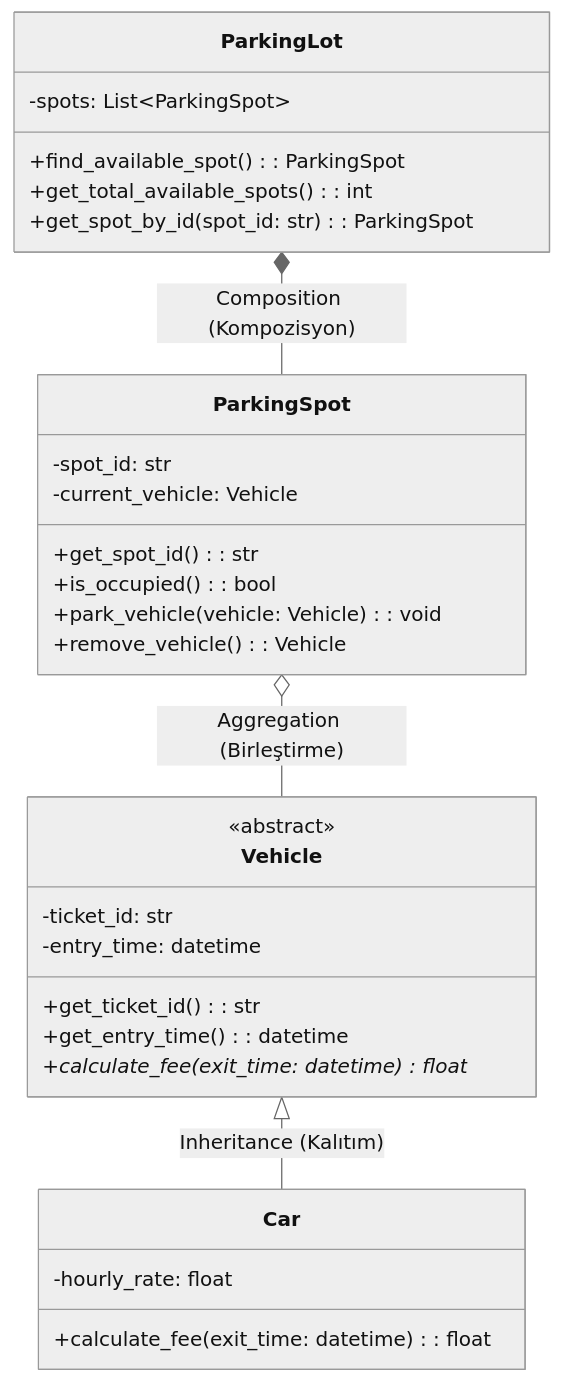
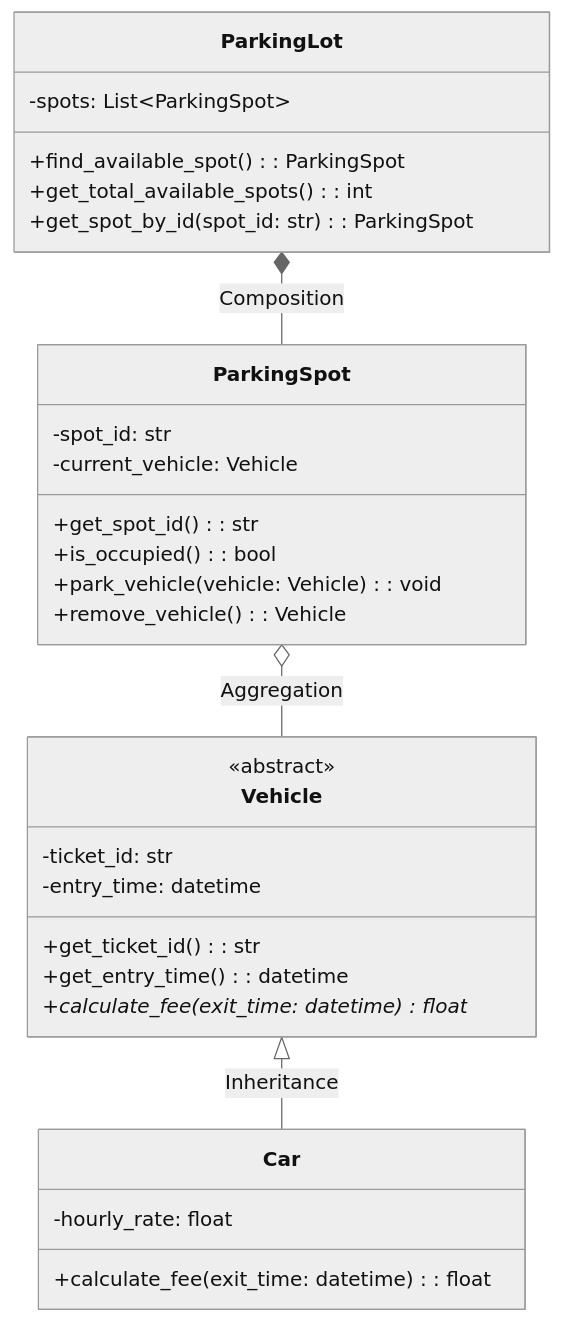
One commit to Urania05/Smart-Parking-Analysis-Prediction-System changed the diagram in README.md. Above: the diagram before and after it, drawn with Mermaid (neutral theme).

Commit message:
Fix formatting of relationships in README.md

````diff
--- a/README.md
+++ b/README.md
@@ -49,41 +49,41 @@
 ```mermaid
 classDiagram
     %% Abstract Base Class
     class Vehicle {
         <<abstract>>
         -ticket_id: str
         -entry_time: datetime
         +get_ticket_id(): str
         +get_entry_time(): datetime
         +calculate_fee(exit_time: datetime)* float
     }
 
     %% Derived Class
     class Car {
         -hourly_rate: float
         +calculate_fee(exit_time: datetime): float
     }
 
     %% Spot Class
     class ParkingSpot {
         -spot_id: str
         -current_vehicle: Vehicle
         +get_spot_id(): str
         +is_occupied(): bool
         +park_vehicle(vehicle: Vehicle): void
         +remove_vehicle(): Vehicle
     }
 
     %% Manager Class
     class ParkingLot {
         -spots: List~ParkingSpot~
         +find_available_spot(): ParkingSpot
         +get_total_available_spots(): int
         +get_spot_by_id(spot_id: str): ParkingSpot
     }
 
     %% Relationships
-    Vehicle <|-- Car : Inheritance (Kalıtım)
-    ParkingSpot o-- Vehicle : Aggregation (Birleştirme)
-    ParkingLot *-- ParkingSpot : Composition (Kompozisyon)
+    Vehicle <|-- Car : Inheritance
+    ParkingSpot o-- Vehicle : Aggregation
+    ParkingLot *-- ParkingSpot : Composition
 ```
````
